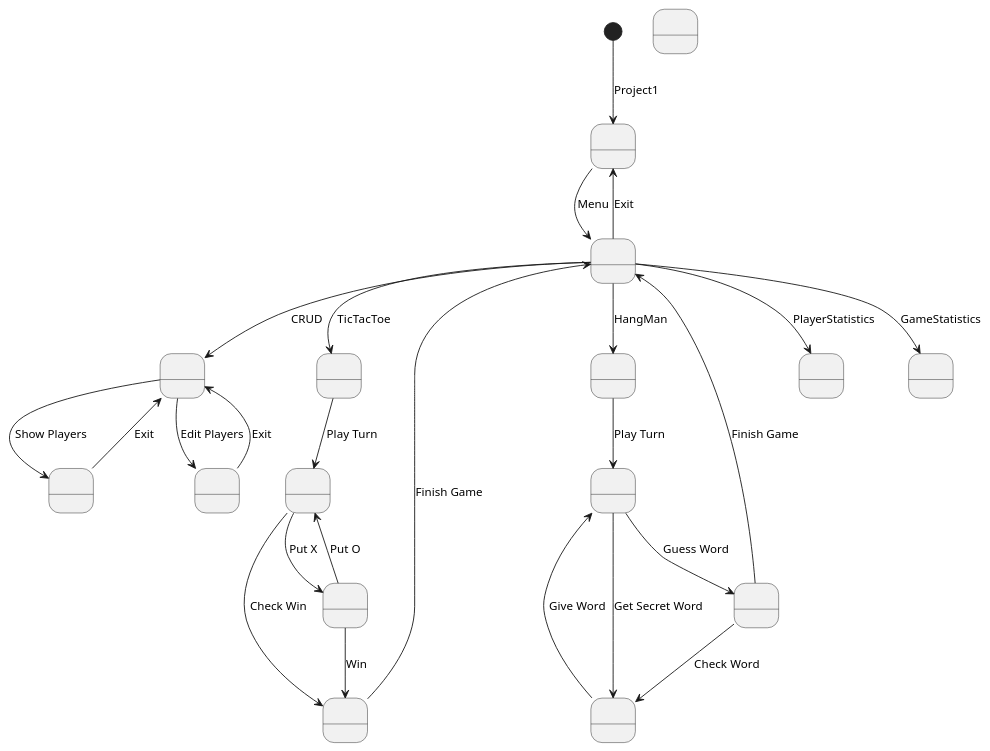
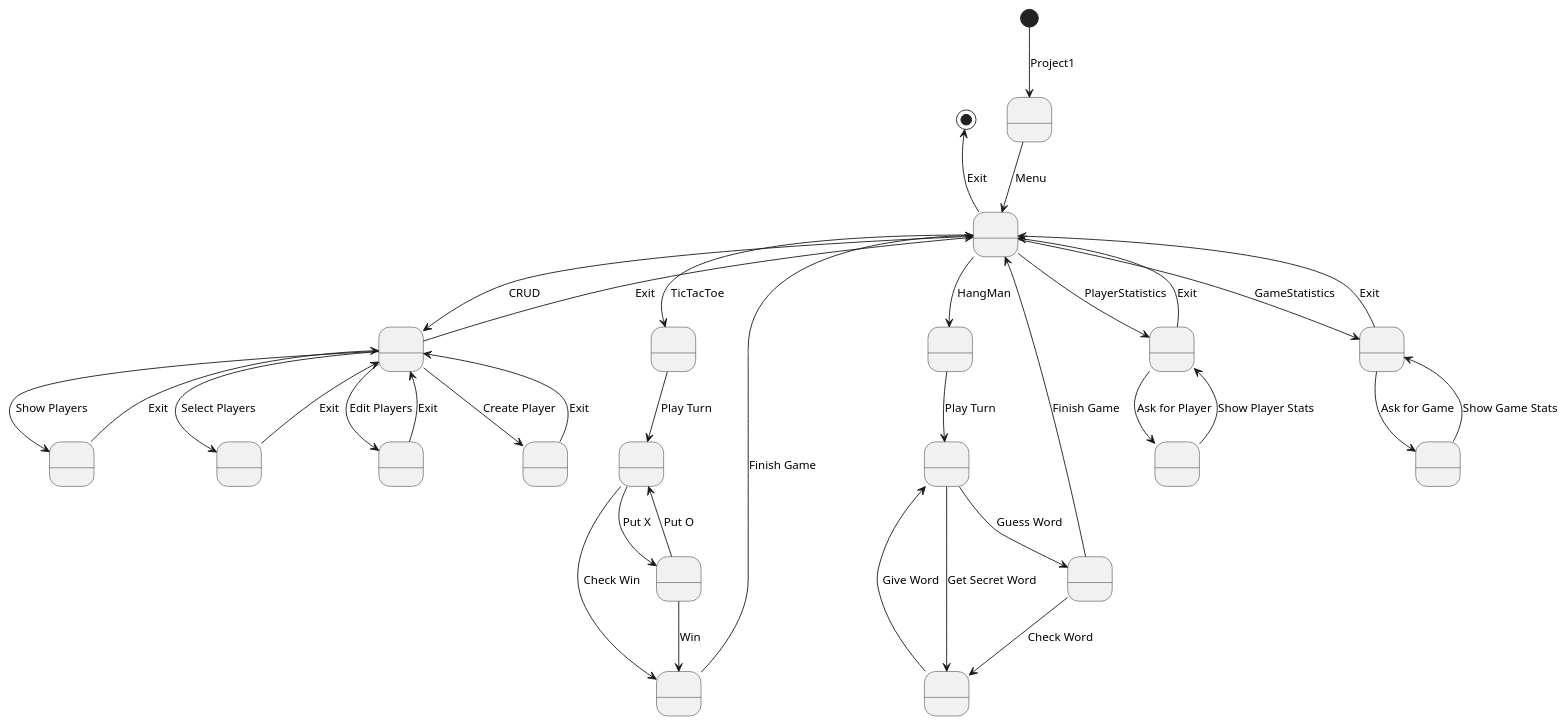
Before and after one commit to Dina-Tumanita/Projects: the diagram in Projects/Project1/docs/diagramState.wsd, drawn with PlantUML. The commit also changed 1 other file, not shown here.

```diff
--- a/Projects/Project1/docs/diagramState.wsd
+++ b/Projects/Project1/docs/diagramState.wsd
@@ -1,54 +1,71 @@
 @startuml stateDiagram
 
 state State1 as " "
 state State2 as " "
 
 state State3 as " "
 state State31 as " "
 state State32 as " "
 state State33 as " "
 
 state State4 as " "
 state State41 as " "
 state State42 as " "
 state State43 as " "
 
 state State5 as " "
 state State51 as " "
 state State52 as " "
 state State53 as " "
+state State54 as " "
 
 state State6 as " "
+state State61 as " "
+
 state State7 as " "
+state State71 as " "
 
 
 [*] --> State1    : Project1
 State1 -down-> State2 : Menu
 State2 -down-> State3 : TicTacToe
 State2 -down-> State4 : HangMan
 State2 -down-> State5 : CRUD
 State2 -down-> State6 : PlayerStatistics
 State2 -down-> State7 : GameStatistics
 
-State2 -up-> State1 : Exit
+State2 -up-> [*] : Exit
 
 State3 --> State31 : Play Turn
 State31 --> State32 : Put X
 State32 --> State31 : Put O
 State31 --> State33 : Check Win
 State32 --> State33 : Win
 State33 -up-> State2 : Finish Game
 
 State4 --> State41 : Play Turn
 State41 --> State43 : Guess Word
 State41 --> State42 : Get Secret Word
 State42 --> State41 : Give Word
 State43 --> State42 : Check Word
 State43 -up-> State2 : Finish Game
 
 State5 --> State51 : Show Players
 State51 -up-> State5 : Exit
-State5 --> State52 : Edit Players
+State5 --> State52 : Select Players
 State52 -up-> State5 : Exit
+State5 --> State53 : Edit Players
+State53 -up-> State5 : Exit
+State5 --> State54 : Create Player
+State54 -up-> State5 : Exit
+State5 -up-> State2 : Exit
+
+State6 --> State61 : Ask for Player
+State61 --> State6 : Show Player Stats
+State6 -up-> State2 : Exit
+
+State7 --> State71 : Ask for Game
+State71 --> State7 : Show Game Stats
+State7 -up-> State2 : Exit
 
 @enduml
```
